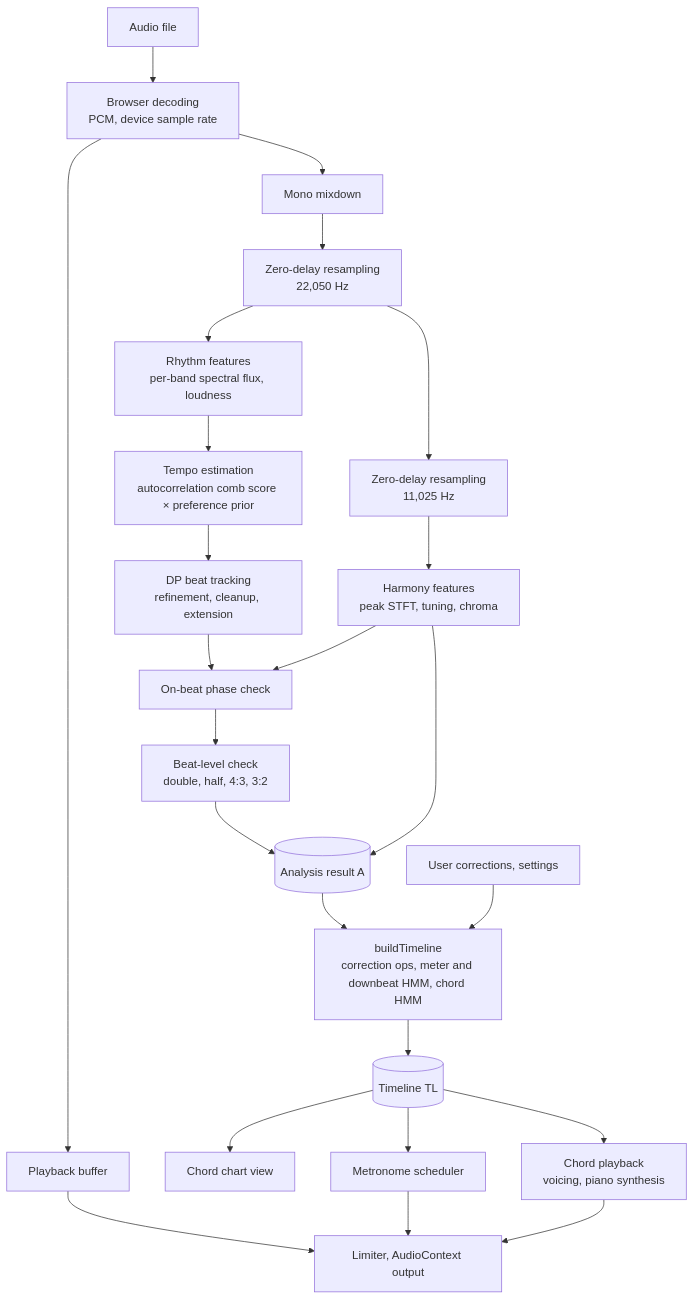
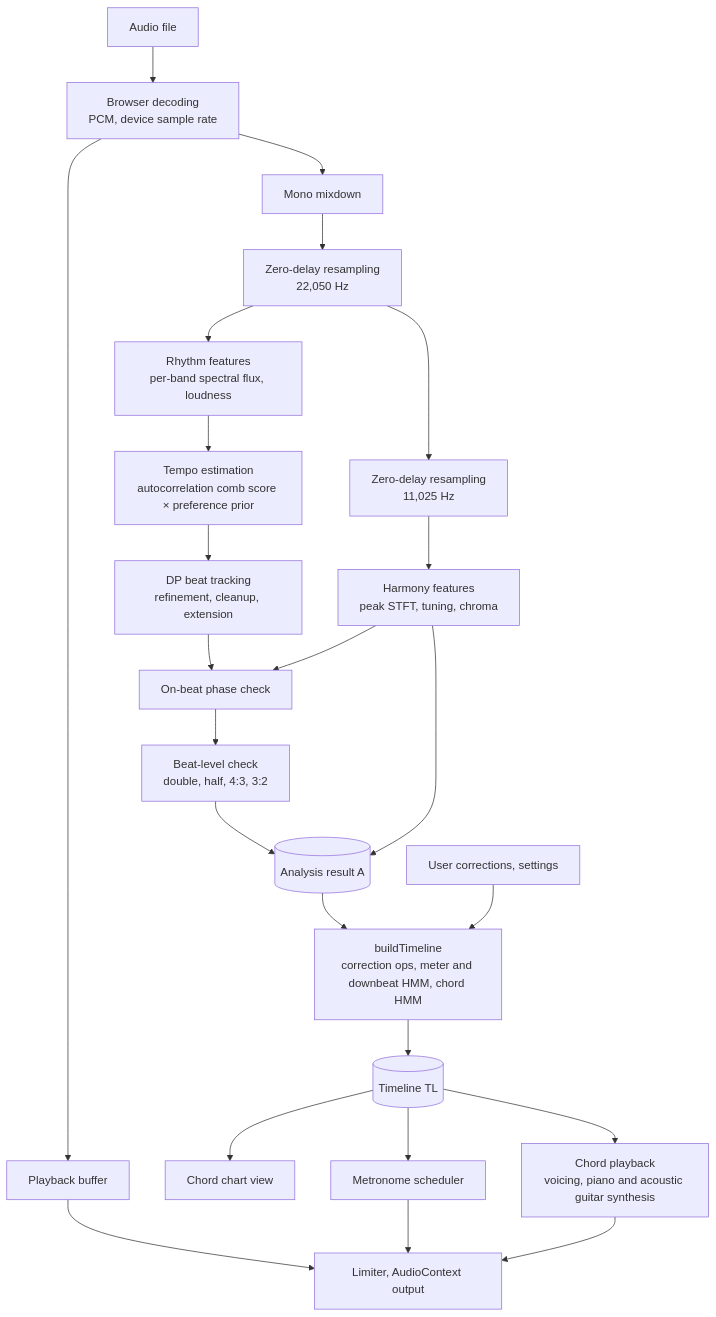
Before and after one commit to Velvitty/Chordity: the first of 3 diagrams in README.en.md, drawn with Mermaid. The commit also changed other lines of this file and 9 other files, not shown here.

````diff
--- a/README.en.md
+++ b/README.en.md
@@ -310,26 +323,26 @@
 ```mermaid
 flowchart TD
   F["Audio file"] --> D["Browser decoding<br/>PCM, device sample rate"]
   D --> PB["Playback buffer"]
   D --> MO["Mono mixdown"]
   MO --> R22["Zero-delay resampling<br/>22,050 Hz"]
   R22 --> R11["Zero-delay resampling<br/>11,025 Hz"]
   R22 --> RF["Rhythm features<br/>per-band spectral flux, loudness"]
   R11 --> HF["Harmony features<br/>peak STFT, tuning, chroma"]
   RF --> TP["Tempo estimation<br/>autocorrelation comb score × preference prior"]
   TP --> DP["DP beat tracking<br/>refinement, cleanup, extension"]
   DP --> PC["On-beat phase check"]
   HF --> PC
   PC --> LC["Beat-level check<br/>double, half, 4:3, 3:2"]
   LC --> A[("Analysis result A")]
   HF --> A
   A --> BT["buildTimeline<br/>correction ops, meter and downbeat HMM, chord HMM"]
   U["User corrections, settings"] --> BT
   BT --> TL[("Timeline TL")]
   TL --> CH["Chord chart view"]
   TL --> SC["Metronome scheduler"]
-  TL --> PS["Chord playback<br/>voicing, piano synthesis"]
+  TL --> PS["Chord playback<br/>voicing, piano and acoustic guitar synthesis"]
   PB --> OUT["Limiter, AudioContext output"]
   SC --> OUT
   PS --> OUT
 ```
````
